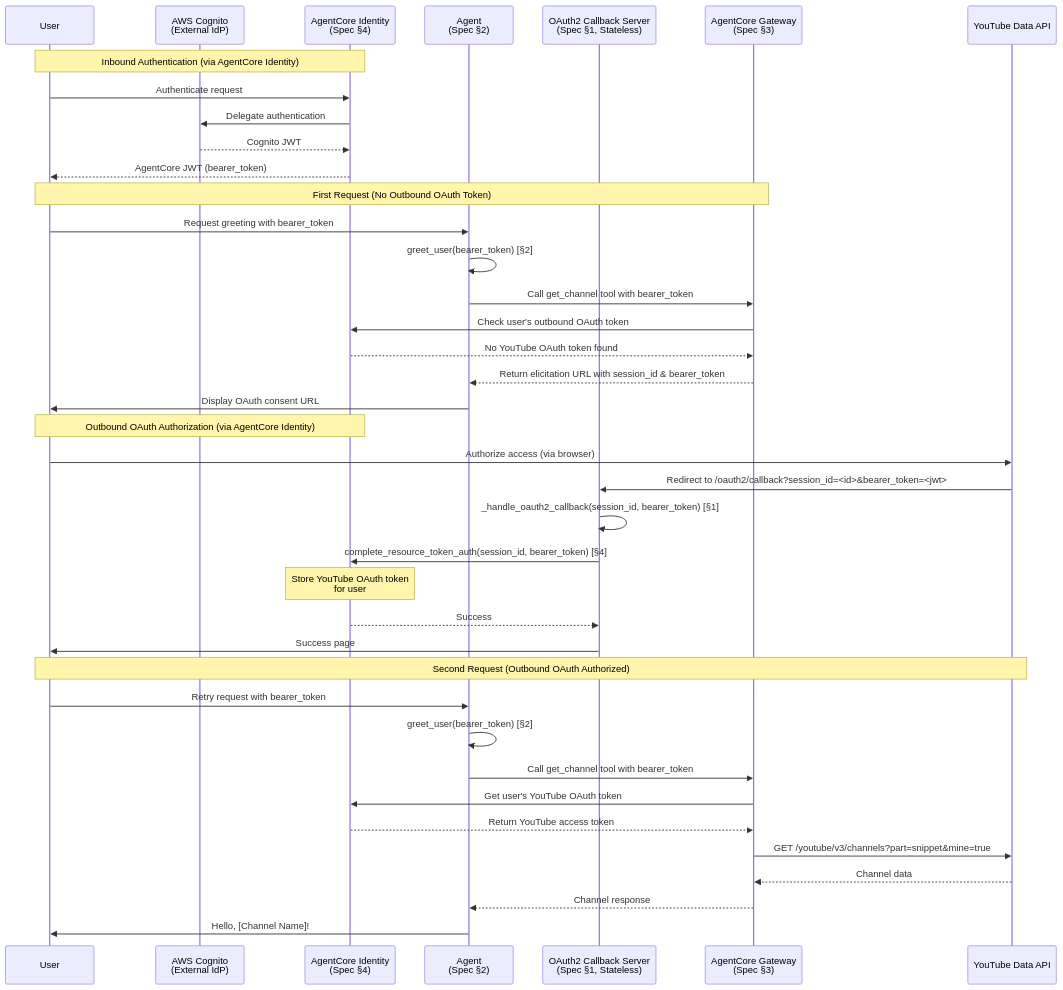
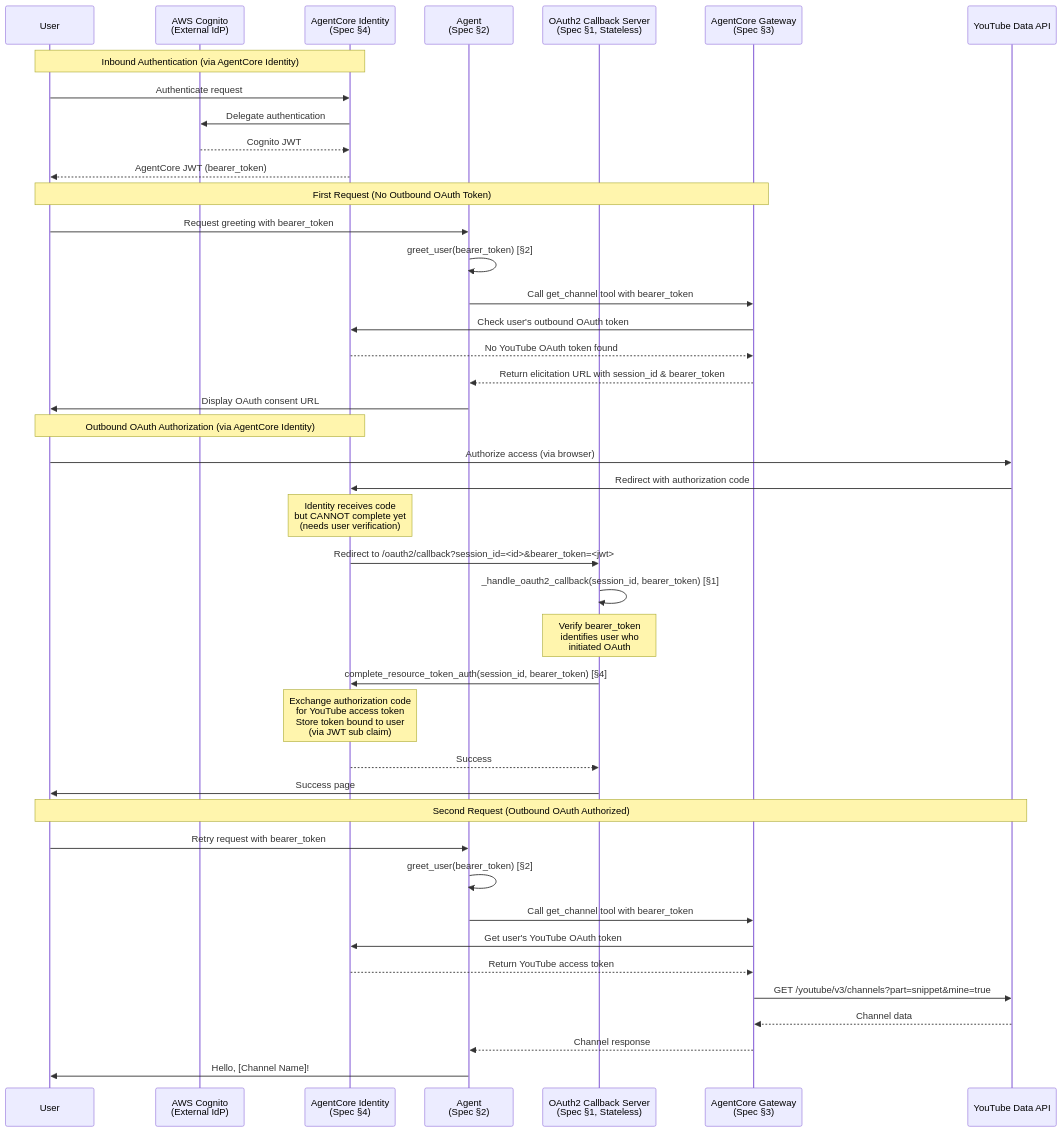
Before and after one commit to icoxfog417/agentcore-in-action: the first of 2 diagrams in say-hello-to-authorized-customer/README.md, drawn with Mermaid. The commit also changed other lines of this file and 8 other files, not shown here.

````diff
--- a/say-hello-to-authorized-customer/README.md
+++ b/say-hello-to-authorized-customer/README.md
@@ -41,45 +61,48 @@
 ```mermaid
 sequenceDiagram
     participant User
     participant Cognito as AWS Cognito<br/>(External IdP)
     participant Identity as AgentCore Identity<br/>(Spec §4)
     participant Agent as Agent<br/>(Spec §2)
     participant OAuth2Server as OAuth2 Callback Server<br/>(Spec §1, Stateless)
     participant Gateway as AgentCore Gateway<br/>(Spec §3)
     participant YouTube as YouTube Data API
 
     Note over User,Identity: Inbound Authentication (via AgentCore Identity)
     User->>Identity: Authenticate request
     Identity->>Cognito: Delegate authentication
     Cognito-->>Identity: Cognito JWT
     Identity-->>User: AgentCore JWT (bearer_token)
     
     Note over User,Gateway: First Request (No Outbound OAuth Token)
     User->>Agent: Request greeting with bearer_token
     Agent->>Agent: greet_user(bearer_token) [§2]
     Agent->>Gateway: Call get_channel tool with bearer_token
     Gateway->>Identity: Check user's outbound OAuth token
     Identity-->>Gateway: No YouTube OAuth token found
     Gateway-->>Agent: Return elicitation URL with session_id & bearer_token
     Agent->>User: Display OAuth consent URL
     
     Note over User,Identity: Outbound OAuth Authorization (via AgentCore Identity)
     User->>YouTube: Authorize access (via browser)
-    YouTube->>OAuth2Server: Redirect to /oauth2/callback?session_id=<id>&bearer_token=<jwt>
+    YouTube->>Identity: Redirect with authorization code
+    Note over Identity: Identity receives code<br/>but CANNOT complete yet<br/>(needs user verification)
+    Identity->>OAuth2Server: Redirect to /oauth2/callback?session_id=<id>&bearer_token=<jwt>
     OAuth2Server->>OAuth2Server: _handle_oauth2_callback(session_id, bearer_token) [§1]
+    Note over OAuth2Server: Verify bearer_token<br/>identifies user who<br/>initiated OAuth
     OAuth2Server->>Identity: complete_resource_token_auth(session_id, bearer_token) [§4]
-    Note over Identity: Store YouTube OAuth token<br/>for user
+    Note over Identity: Exchange authorization code<br/>for YouTube access token<br/>Store token bound to user<br/>(via JWT sub claim)
     Identity-->>OAuth2Server: Success
     OAuth2Server->>User: Success page
     
     Note over User,YouTube: Second Request (Outbound OAuth Authorized)
     User->>Agent: Retry request with bearer_token
     Agent->>Agent: greet_user(bearer_token) [§2]
     Agent->>Gateway: Call get_channel tool with bearer_token
     Gateway->>Identity: Get user's YouTube OAuth token
     Identity-->>Gateway: Return YouTube access token
     Gateway->>YouTube: GET /youtube/v3/channels?part=snippet&mine=true
     YouTube-->>Gateway: Channel data
     Gateway-->>Agent: Channel response
     Agent->>User: Hello, [Channel Name]!
 ```
````
